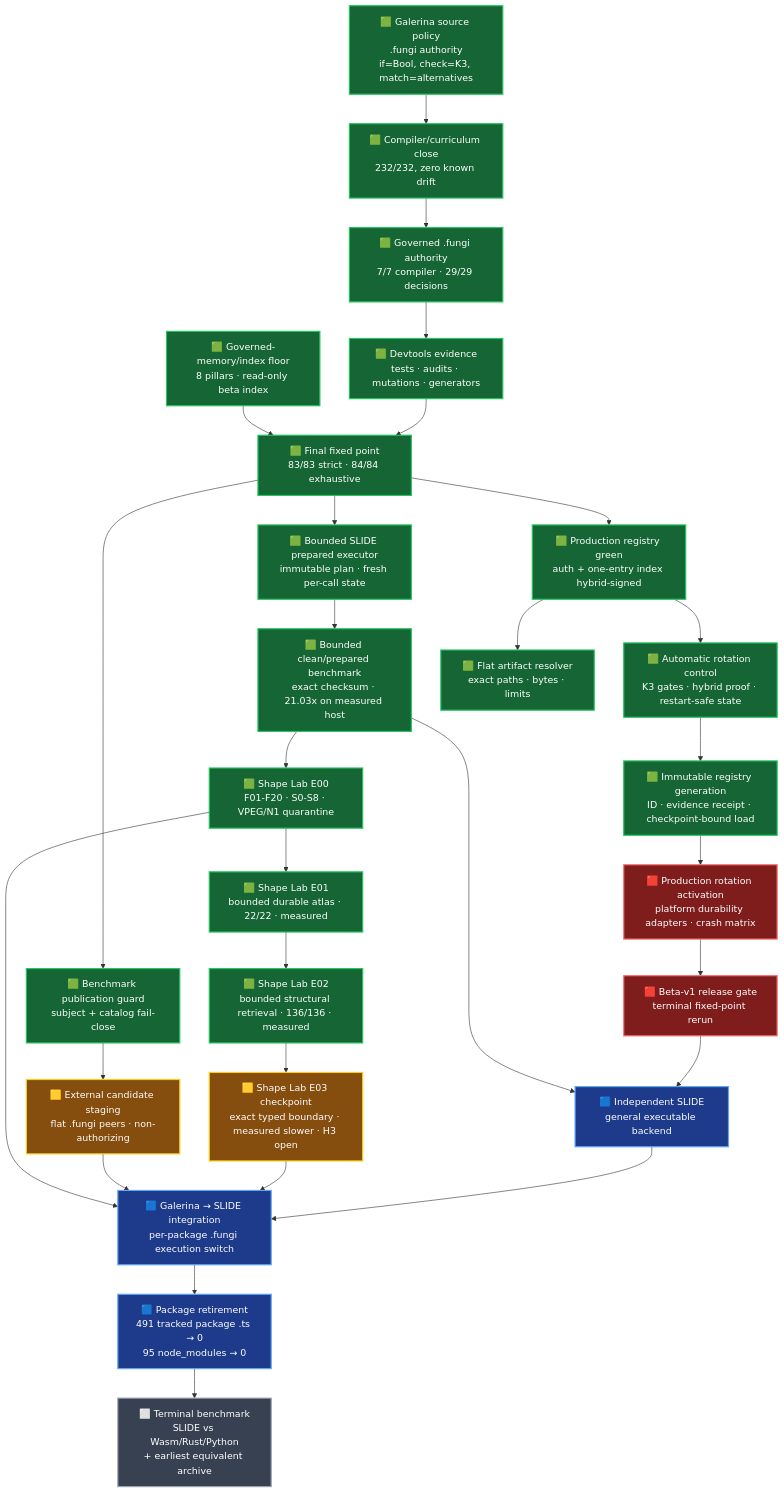
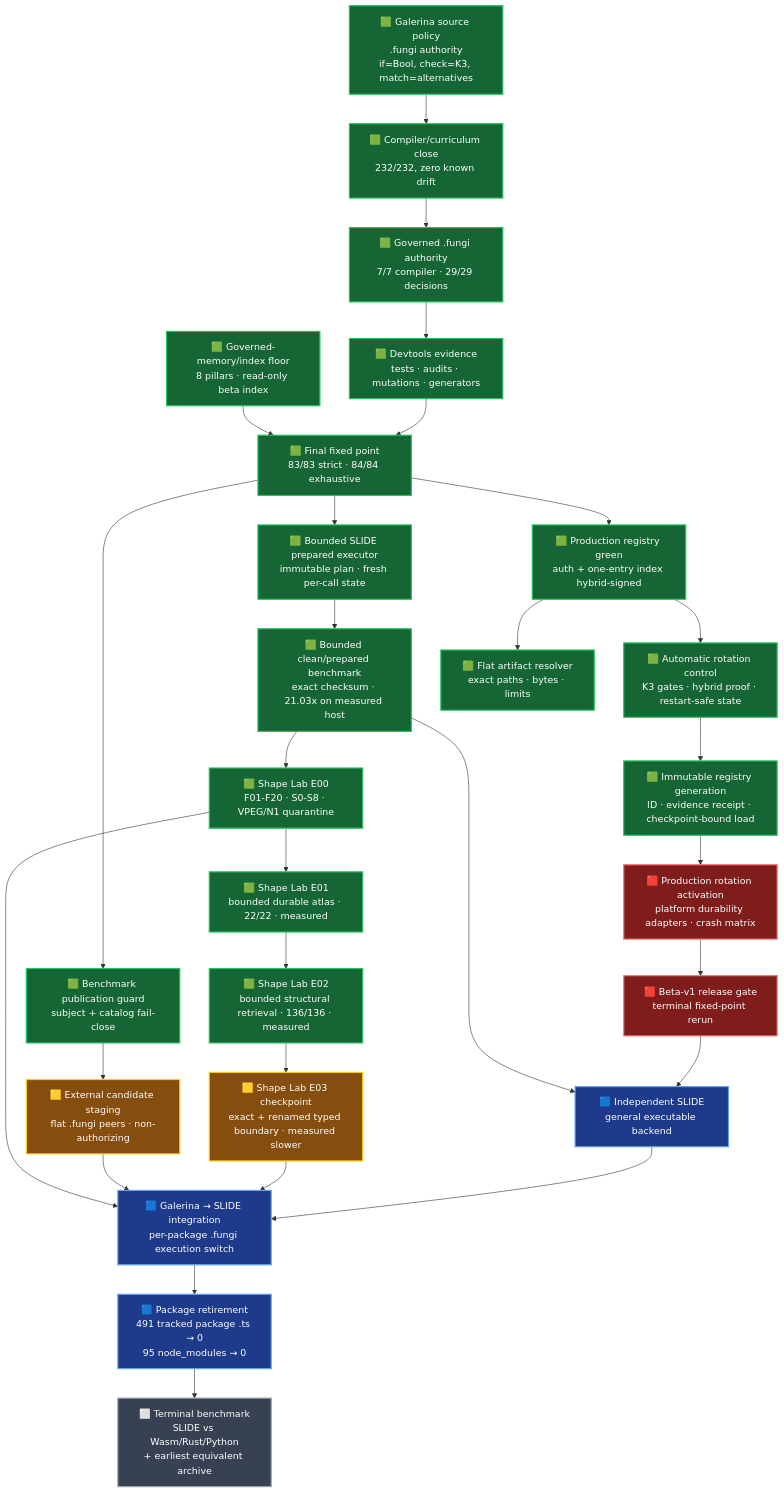
The diagram in docs/roadmap-2026-07-29-galerina-beta-v1-to-slide.md (TritHypha/Deveolpment-runtime-fungi-gate), drawn with Mermaid before and after one commit. The commit also changed other lines of this file and 1 other file, not shown here.

Commit message:
docs: synchronize measured SLIDE E03

````diff
--- a/docs/roadmap-2026-07-29-galerina-beta-v1-to-slide.md
+++ b/docs/roadmap-2026-07-29-galerina-beta-v1-to-slide.md
@@ -22,49 +22,49 @@
 ```mermaid
 flowchart TB
     A["🟩 Galerina source policy<br/>.fungi authority<br/>if=Bool, check=K3, match=alternatives"]
     B["🟩 Compiler/curriculum close<br/>232/232, zero known drift"]
     C["🟩 Governed .fungi authority<br/>7/7 compiler · 29/29 decisions"]
     D["🟩 Devtools evidence<br/>tests · audits · mutations · generators"]
     E["🟩 Final fixed point<br/>83/83 strict · 84/84 exhaustive"]
     R["🟩 Automatic rotation control<br/>K3 gates · hybrid proof · restart-safe state"]
     Y["🟩 Immutable registry generation<br/>ID · evidence receipt · checkpoint-bound load"]
     X["🟥 Production rotation activation<br/>platform durability adapters · crash matrix"]
     F["🟥 Beta-v1 release gate<br/>terminal fixed-point rerun"]
     G["🟩 Production registry green<br/>auth + one-entry index hybrid-signed"]
     H["🟦 Independent SLIDE<br/>general executable backend"]
     S["🟩 Bounded SLIDE prepared executor<br/>immutable plan · fresh per-call state"]
     L["🟩 Bounded clean/prepared benchmark<br/>exact checksum · 21.03x on measured host"]
     Q["🟨 External candidate staging<br/>flat .fungi peers · non-authorizing"]
     K["🟩 Benchmark publication guard<br/>subject + catalog fail-close"]
     I["🟦 Galerina → SLIDE integration<br/>per-package .fungi execution switch"]
     T["🟦 Package retirement<br/>491 tracked package .ts → 0<br/>95 node_modules → 0"]
     J["⬜ Terminal benchmark<br/>SLIDE vs Wasm/Rust/Python<br/>+ earliest equivalent archive"]
     P["🟩 Flat artifact resolver<br/>exact paths · bytes · limits"]
     M["🟩 Shape Lab E00<br/>F01-F20 · S0-S8 · VPEG/N1 quarantine"]
     U["🟩 Shape Lab E01<br/>bounded durable atlas · 22/22 · measured"]
     V["🟩 Shape Lab E02<br/>bounded structural retrieval · 136/136 · measured"]
-    W["🟨 Shape Lab E03 checkpoint<br/>exact typed boundary · measured slower · H3 open"]
+    W["🟨 Shape Lab E03 checkpoint<br/>exact + renamed typed boundary · measured slower"]
     Z["🟩 Governed-memory/index floor<br/>8 pillars · read-only beta index"]
 
     A --> B --> C --> D --> E --> G --> R --> Y --> X --> F --> H --> I --> T --> J
     Z --> E
     G --> P
     L --> M --> U --> V --> W
     W --> I
     E --> K --> Q
     E --> S --> L --> H
     Q --> I
     M --> I
 
     classDef green fill:#166534,color:#ffffff,stroke:#22c55e,stroke-width:2px;
     classDef amber fill:#854d0e,color:#ffffff,stroke:#facc15,stroke-width:2px;
     classDef red fill:#7f1d1d,color:#ffffff,stroke:#f87171,stroke-width:2px;
     classDef blue fill:#1e3a8a,color:#ffffff,stroke:#60a5fa,stroke-width:2px;
     classDef grey fill:#374151,color:#ffffff,stroke:#9ca3af,stroke-width:2px;
     class A,B,C,D,E,G,R,Y,Z,K,S,L,M,U,V green;
     class X,F red;
     class Q,W amber;
     class H,I,T blue;
     class P green;
     class J grey;
 ```
````
